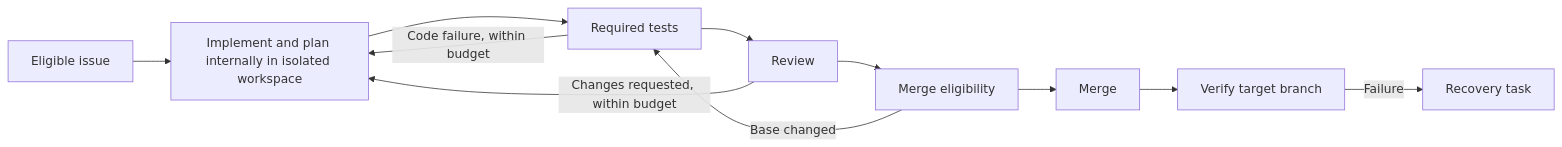
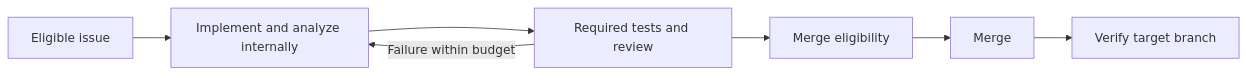
One commit to zhoushoujianwork/clawflow changed the diagram in docs/managed-development-design.md. Above: the diagram before and after it, drawn with Mermaid. The commit also changed other lines of this file and 65 other files, not shown here.

````diff
--- a/docs/managed-development-design.md
+++ b/docs/managed-development-design.md
@@ -42,13 +33,9 @@
 ```mermaid
 flowchart LR
-    A[Eligible issue] --> C[Implement and plan internally in isolated workspace]
-    C --> D[Required tests]
-    D --> E[Review]
-    E --> F[Merge eligibility]
-    F --> G[Merge]
-    G --> H[Verify target branch]
-    D -- Code failure, within budget --> C
-    E -- Changes requested, within budget --> C
-    F -- Base changed --> D
-    H -- Failure --> I[Recovery task]
+    A[Eligible issue] --> B[Implement and analyze internally]
+    B --> C[Required tests and review]
+    C -- Failure within budget --> B
+    C --> D[Merge eligibility]
+    D --> E[Merge]
+    E --> F[Verify target branch]
 ```
````
